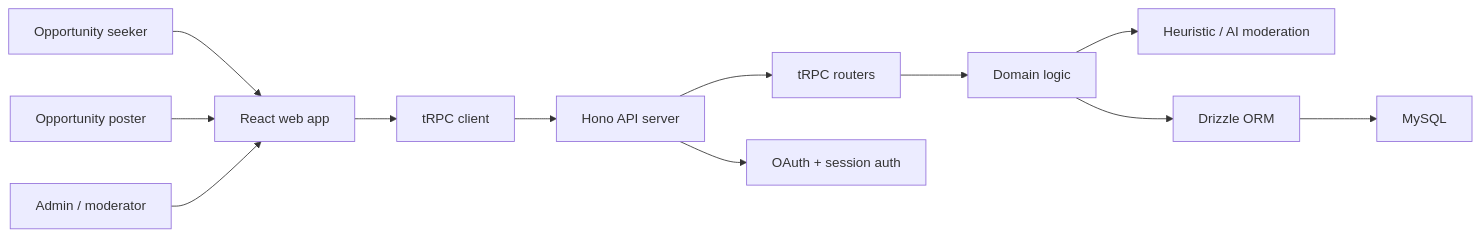
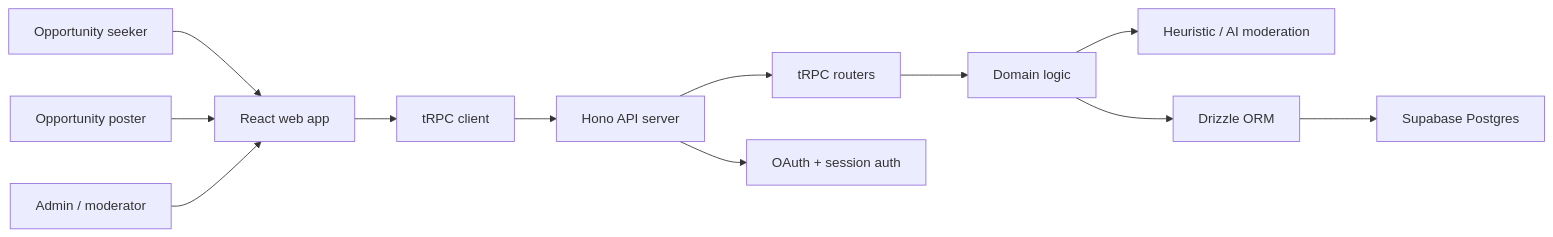
Before and after one commit to haichangcharles/OpenPosition: the first of 5 diagrams in docs/engineering/architecture.md, drawn with Mermaid. The commit also changed other lines of this file and 17 other files, not shown here.

Commit message:
Migrate database to Supabase Postgres

````diff
--- a/docs/engineering/architecture.md
+++ b/docs/engineering/architecture.md
@@ -30,14 +30,14 @@
 ```mermaid
 flowchart LR
   seeker["Opportunity seeker"] --> web["React web app"]
   poster["Opportunity poster"] --> web
   admin["Admin / moderator"] --> web
   web --> trpc["tRPC client"]
   trpc --> hono["Hono API server"]
   hono --> routers["tRPC routers"]
   routers --> domain["Domain logic"]
   domain --> moderation["Heuristic / AI moderation"]
   domain --> db["Drizzle ORM"]
-  db --> mysql["MySQL"]
+  db --> postgres["Supabase Postgres"]
   hono --> auth["OAuth + session auth"]
 ```
````
